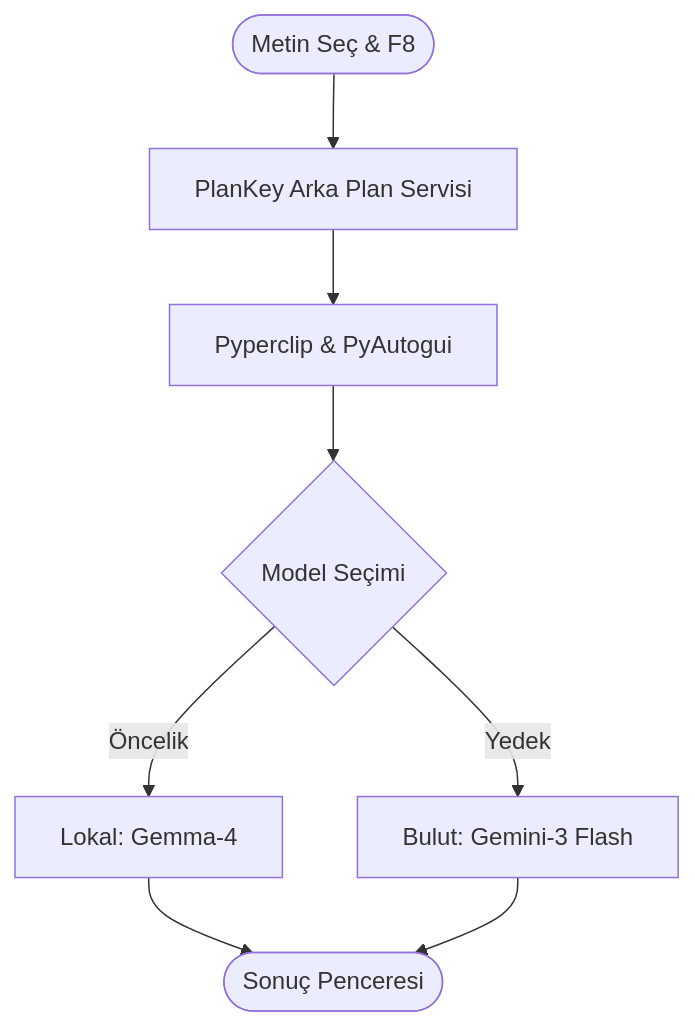
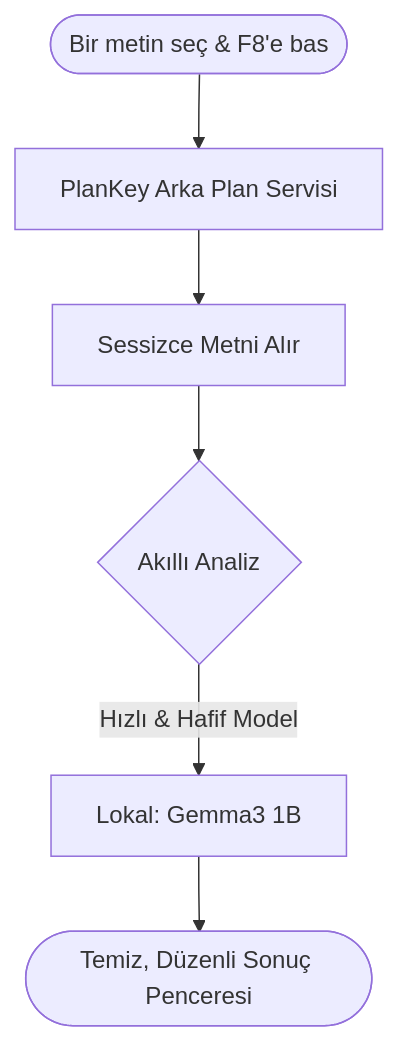
One commit to bessar2004/-PlanKey- changed the diagram in README.md. Above: the diagram before and after it, drawn with Mermaid. The commit also changed other lines of this file and 1 other file, not shown here.

Commit message:
feat: Modelin markdown kullanmasını engelleyen filtre eklendi, ana model gemma3:1b olarak sabitlendi ve README.md kullanıcı odaklı olacak şekilde baştan yazıldı.

````diff
--- a/README.md
+++ b/README.md
@@ -45,10 +45,8 @@
 ```mermaid
 graph TD
-    User([Metin Seç & F8]) --> App[PlanKey Arka Plan Servisi]
-    App --> Clipboard[Pyperclip & PyAutogui]
-    Clipboard --> Logic{Model Seçimi}
-    Logic -->|Öncelik| Ollama[Lokal: Gemma-4]
-    Logic -->|Yedek| Gemini[Bulut: Gemini-3 Flash]
-    Ollama --> Display([Sonuç Penceresi])
-    Gemini --> Display
+    Sen([Bir metin seç & F8'e bas]) --> Asistan[PlanKey Arka Plan Servisi]
+    Asistan --> Kopyalama[Sessizce Metni Alır]
+    Kopyalama --> YapayZeka{Akıllı Analiz}
+    YapayZeka -->|Hızlı & Hafif Model| Model[Lokal: Gemma3 1B]
+    Model --> EkranaYansit([Temiz, Düzenli Sonuç Penceresi])
 ```
````
